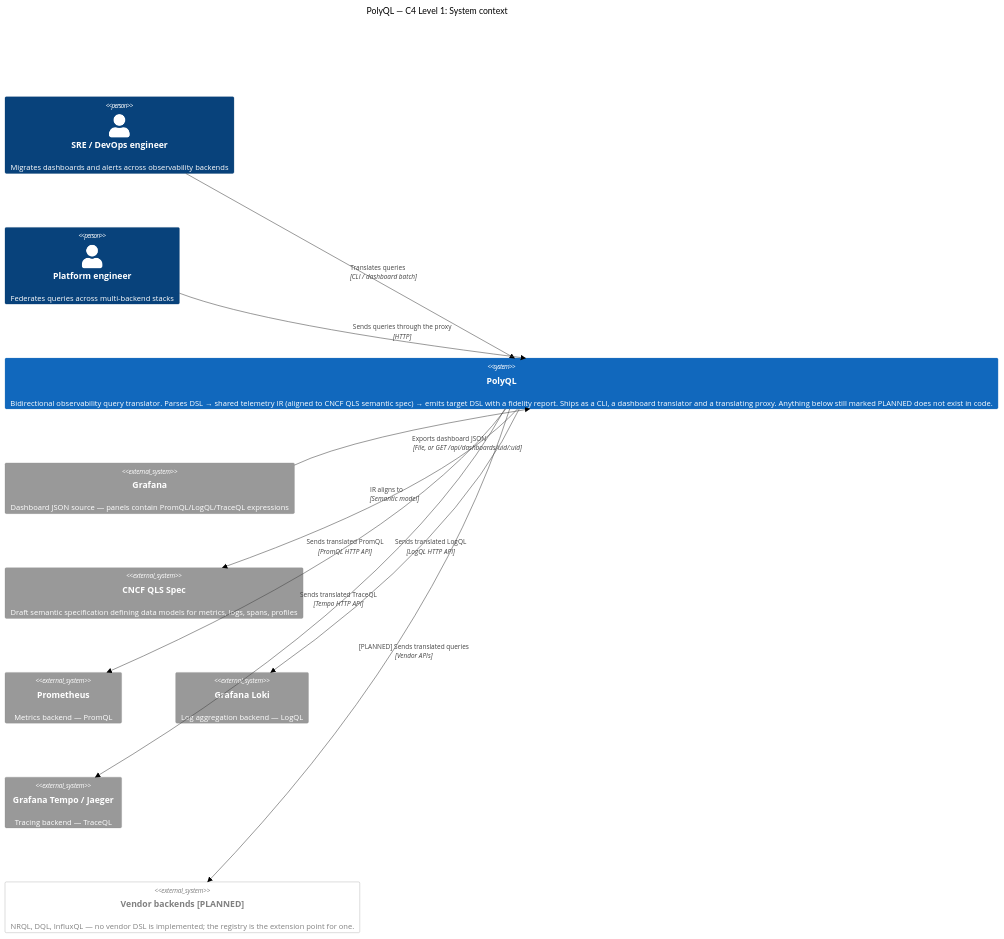
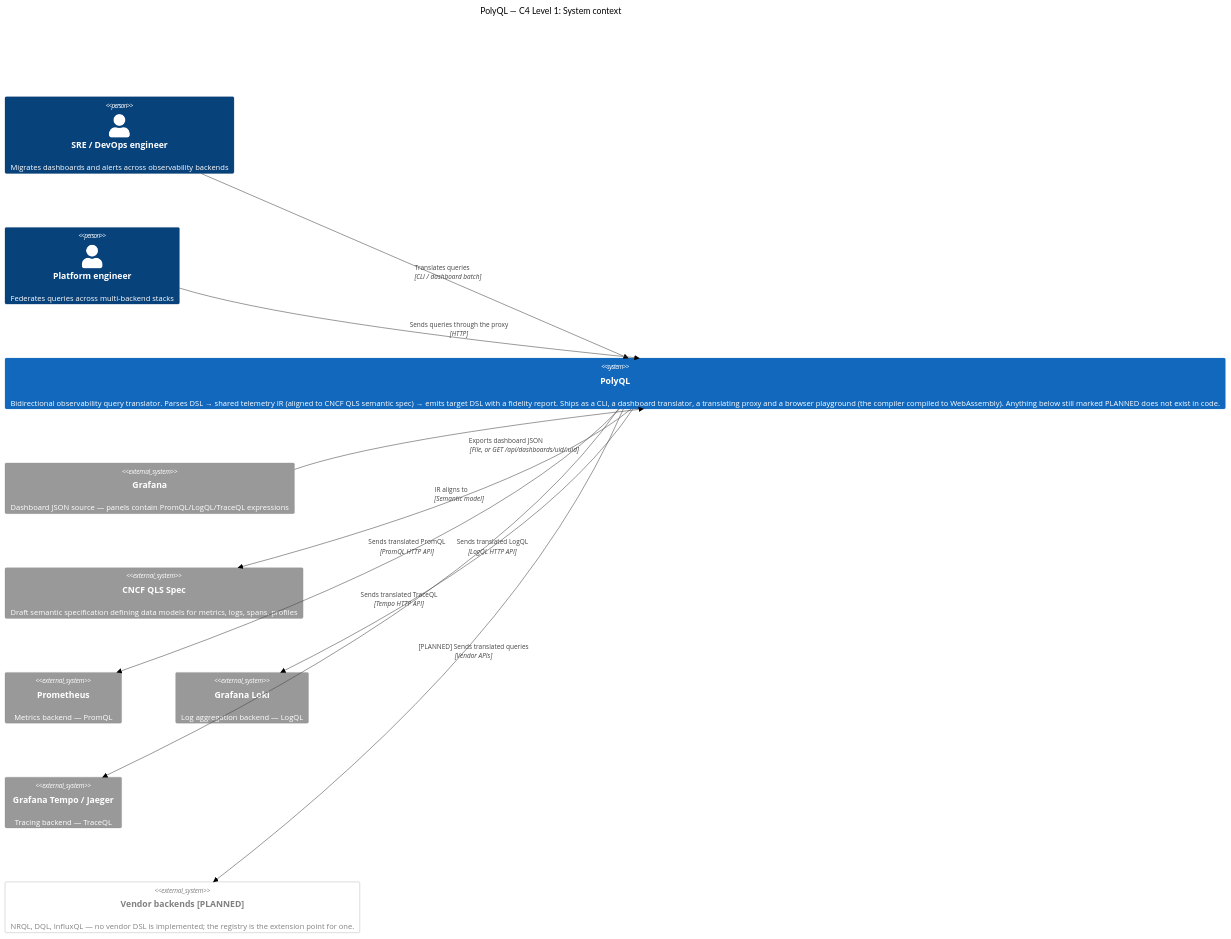
Before and after one commit to Ayege/PolyQL: the diagram in diagrams/c4-level1-context.mmd, drawn with Mermaid (neutral theme). The commit also changed 21 other files, not shown here.

First line of the commit message:
Add PolyQL Playground with initial implementation

```diff
--- a/diagrams/c4-level1-context.mmd
+++ b/diagrams/c4-level1-context.mmd
@@ -1,28 +1,28 @@
 C4Context
     title PolyQL — C4 Level 1: System context
 
     Person(sre, "SRE / DevOps engineer", "Migrates dashboards and alerts across observability backends")
     Person(plat, "Platform engineer", "Federates queries across multi-backend stacks")
 
-    System(polyql, "PolyQL", "Bidirectional observability query translator. Parses DSL → shared telemetry IR (aligned to CNCF QLS semantic spec) → emits target DSL with a fidelity report. Ships as a CLI, a dashboard translator and a translating proxy. Anything below still marked PLANNED does not exist in code.")
+    System(polyql, "PolyQL", "Bidirectional observability query translator. Parses DSL → shared telemetry IR (aligned to CNCF QLS semantic spec) → emits target DSL with a fidelity report. Ships as a CLI, a dashboard translator, a translating proxy and a browser playground (the compiler compiled to WebAssembly). Anything below still marked PLANNED does not exist in code.")
 
     System_Ext(grafana, "Grafana", "Dashboard JSON source — panels contain PromQL/LogQL/TraceQL expressions")
     System_Ext(qlsspec, "CNCF QLS Spec", "Draft semantic specification defining data models for metrics, logs, spans, profiles")
 
     System_Ext(prometheus, "Prometheus", "Metrics backend — PromQL")
     System_Ext(loki, "Grafana Loki", "Log aggregation backend — LogQL")
     System_Ext(tempo, "Grafana Tempo / Jaeger", "Tracing backend — TraceQL")
     System_Ext(vendor, "Vendor backends [PLANNED]", "NRQL, DQL, InfluxQL — no vendor DSL is implemented; the registry is the extension point for one.")
 
     Rel(sre, polyql, "Translates queries", "CLI / dashboard batch")
     Rel(plat, polyql, "Sends queries through the proxy", "HTTP")
     Rel(grafana, polyql, "Exports dashboard JSON", "File, or GET /api/dashboards/uid/:uid")
     Rel(polyql, qlsspec, "IR aligns to", "Semantic model")
     Rel(polyql, prometheus, "Sends translated PromQL", "PromQL HTTP API")
     Rel(polyql, loki, "Sends translated LogQL", "LogQL HTTP API")
     Rel(polyql, tempo, "Sends translated TraceQL", "Tempo HTTP API")
     Rel(polyql, vendor, "[PLANNED] Sends translated queries", "Vendor APIs")
 
     UpdateElementStyle(vendor, $fontColor="grey", $bgColor="white", $borderColor="grey")
 
     UpdateLayoutConfig($c4ShapeInRow="3", $c4BoundaryInRow="1")
```
